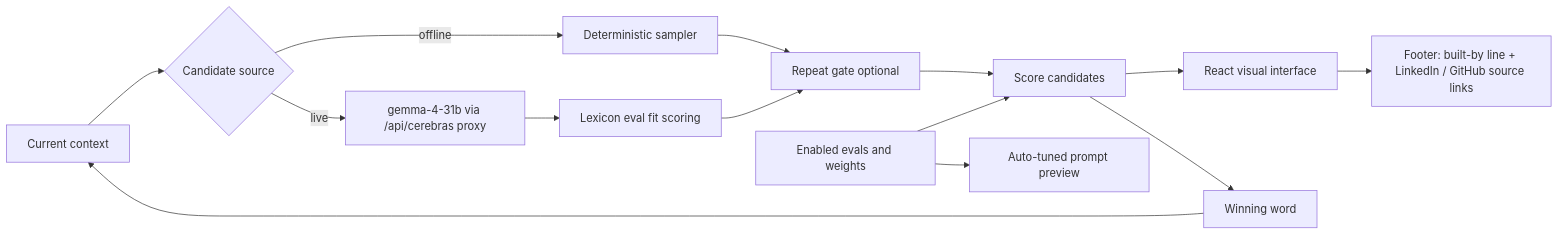
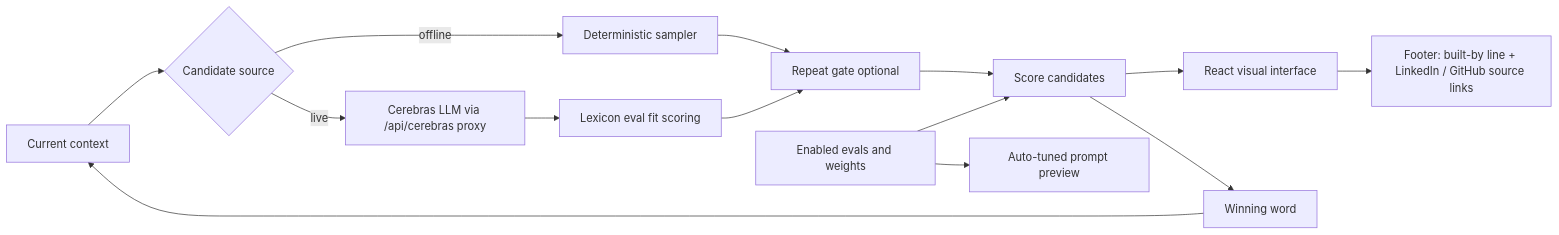
The first of 2 diagrams in architecture.md (johnpfeiffer/demoevals), drawn with Mermaid before and after one commit. The commit also changed other lines of this file and 5 other files, not shown here.

Commit message:
shift architecture to depend fully on monorepo backend platform to supply model name

````diff
--- a/architecture.md
+++ b/architecture.md
@@ -9,16 +9,16 @@
 ```mermaid
 flowchart LR
   C[Current context] --> G{Candidate source}
   G -->|offline| D[Deterministic sampler]
-  G -->|live| L[gemma-4-31b via /api/cerebras proxy]
+  G -->|live| L[Cerebras LLM via /api/cerebras proxy]
   L --> F[Lexicon eval fit scoring]
   D --> R[Repeat gate optional]
   F --> R
   R --> S[Score candidates]
   E[Enabled evals and weights] --> S
   S --> V[React visual interface]
   V --> FOOT[Footer: built-by line + LinkedIn / GitHub source links]
   S --> W[Winning word]
   W --> C
   E --> P[Auto-tuned prompt preview]
 ```
````
